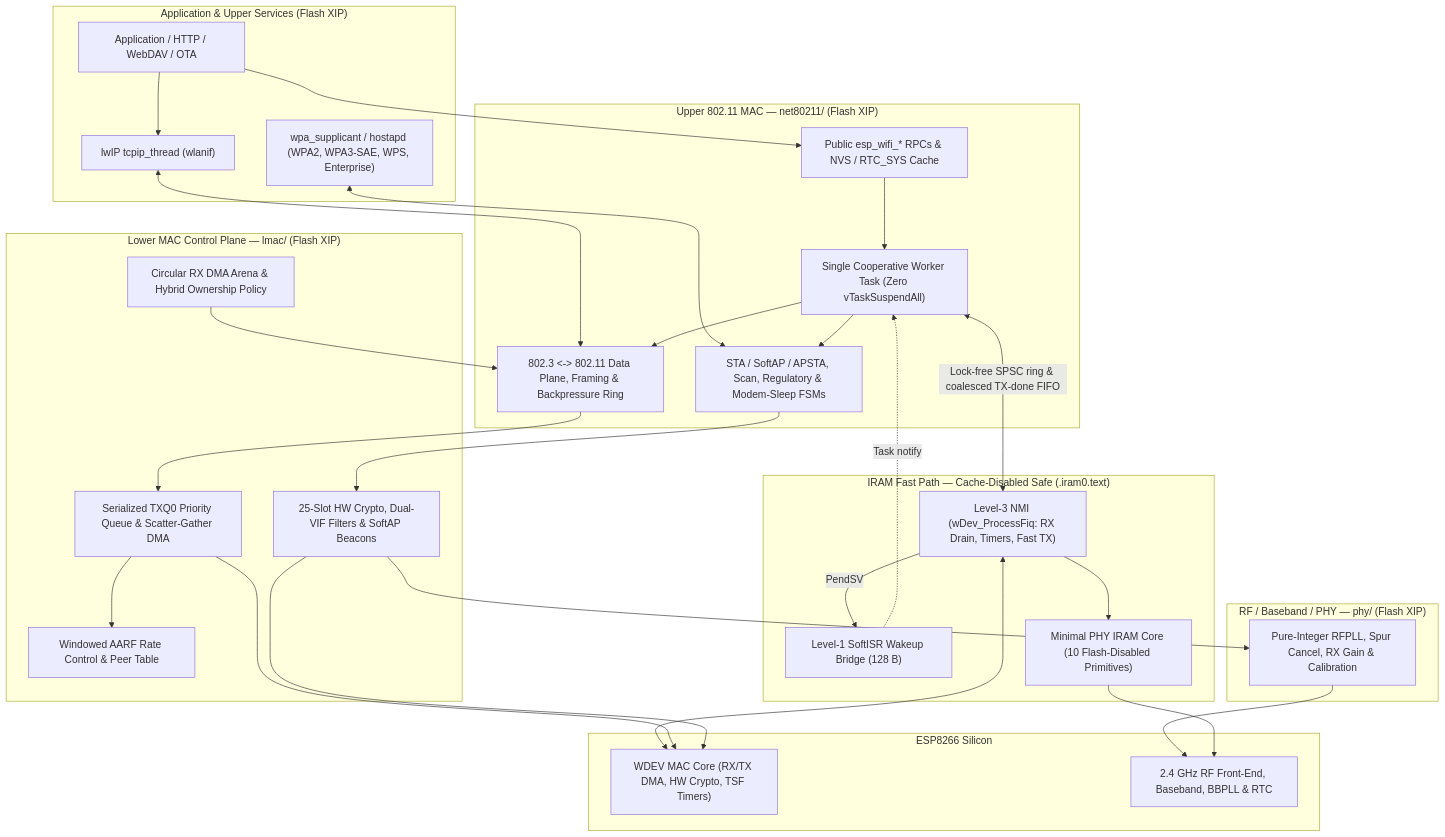
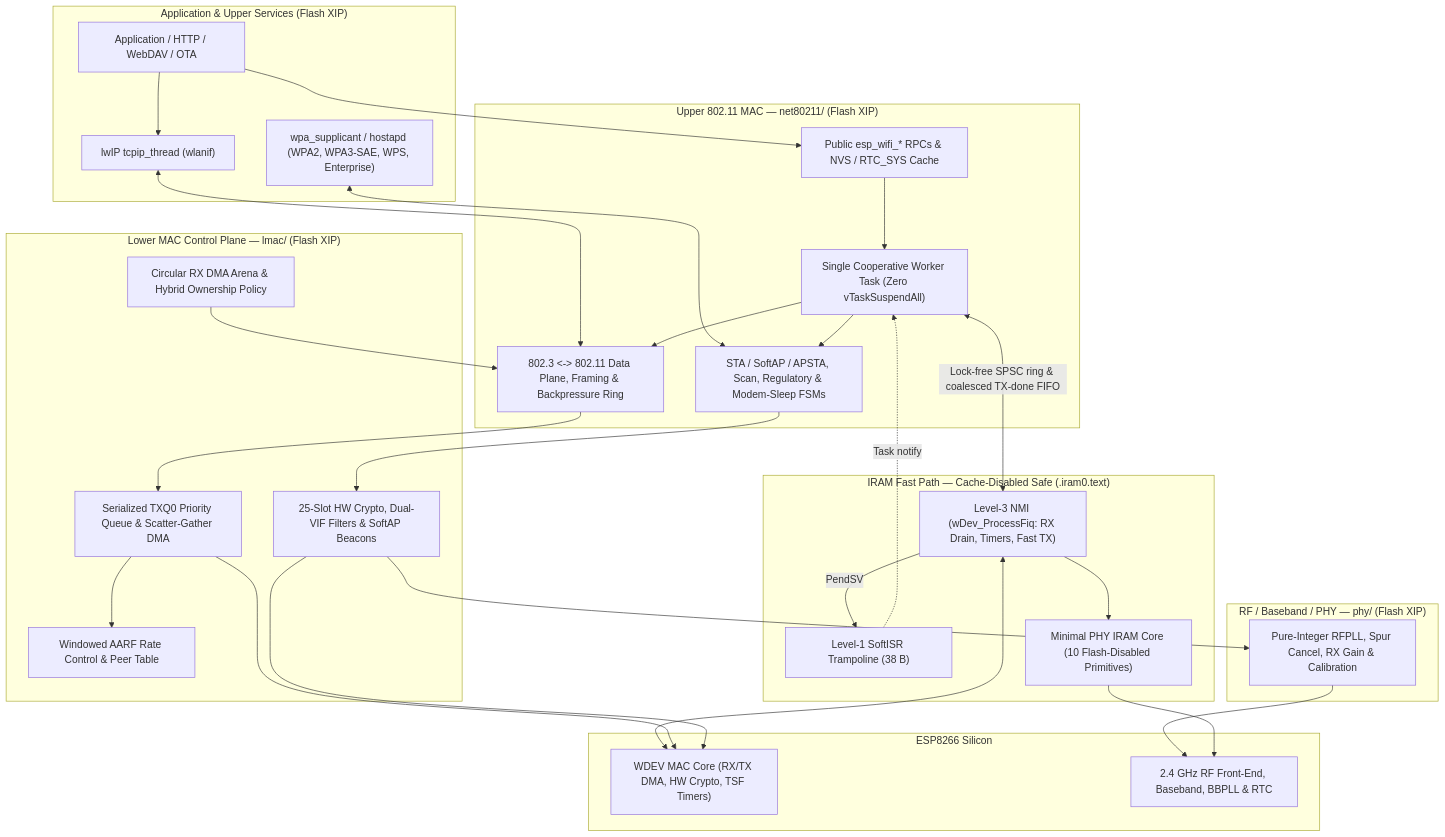
One commit to Adam5Wu/ESP8266_RTOS_SDK changed the first of 4 diagrams in components/esp8266/WIFI_DESIGN.md. Above: the diagram before and after it, drawn with Mermaid. The commit also changed other lines of this file and 1 other file, not shown here.

Commit message:
docs(esp8266): sync OSS.md details and fix SoftISR IRAM size in WIFI_DESIGN.md

````diff
--- a/components/esp8266/WIFI_DESIGN.md
+++ b/components/esp8266/WIFI_DESIGN.md
@@ -38,59 +38,59 @@
 ```mermaid
 flowchart TB
     subgraph APP["Application & Upper Services (Flash XIP)"]
         HTTP["Application / HTTP / WebDAV / OTA"]
         LWIP["lwIP tcpip_thread (wlanif)"]
         WPA["wpa_supplicant / hostapd (WPA2, WPA3-SAE, WPS, Enterprise)"]
     end
 
     subgraph N8["Upper 802.11 MAC — net80211/ (Flash XIP)"]
         API["Public esp_wifi_* RPCs & NVS / RTC_SYS Cache"]
         WORKER["Single Cooperative Worker Task (Zero vTaskSuspendAll)"]
         FSM["STA / SoftAP / APSTA, Scan, Regulatory & Modem-Sleep FSMs"]
         DATA["802.3 <-> 802.11 Data Plane, Framing & Backpressure Ring"]
     end
 
     subgraph LMAC_F["Lower MAC Control Plane — lmac/ (Flash XIP)"]
         TX["Serialized TXQ0 Priority Queue & Scatter-Gather DMA"]
         DMA["Circular RX DMA Arena & Hybrid Ownership Policy"]
         TRC["Windowed AARF Rate Control & Peer Table"]
         CRYPTO["25-Slot HW Crypto, Dual-VIF Filters & SoftAP Beacons"]
     end
 
     subgraph IRAM["IRAM Fast Path — Cache-Disabled Safe (.iram0.text)"]
-        SOFTISR["Level-1 SoftISR Wakeup Bridge (128 B)"]
+        SOFTISR["Level-1 SoftISR Trampoline (38 B)"]
         NMI["Level-3 NMI (wDev_ProcessFiq: RX Drain, Timers, Fast TX)"]
         PHY_IRAM["Minimal PHY IRAM Core (10 Flash-Disabled Primitives)"]
     end
 
     subgraph PHY_F["RF / Baseband / PHY — phy/ (Flash XIP)"]
         PHY["Pure-Integer RFPLL, Spur Cancel, RX Gain & Calibration"]
     end
 
     subgraph HW["ESP8266 Silicon"]
         WDEV["WDEV MAC Core (RX/TX DMA, HW Crypto, TSF Timers)"]
         RF["2.4 GHz RF Front-End, Baseband, BBPLL & RTC"]
     end
 
     HTTP --> LWIP
     HTTP --> API
     LWIP <--> DATA
     WPA <--> FSM
     API --> WORKER
     WORKER --> FSM
     WORKER --> DATA
     FSM --> CRYPTO
     DATA --> TX
     TX --> TRC
     DMA --> DATA
     WORKER <-->|"Lock-free SPSC ring & coalesced TX-done FIFO"| NMI
     NMI -->|"PendSV"| SOFTISR
     SOFTISR -.->|"Task notify"| WORKER
     NMI <--> WDEV
     TX --> WDEV
     CRYPTO --> WDEV
     NMI --> PHY_IRAM
     CRYPTO --> PHY
     PHY --> RF
     PHY_IRAM --> RF
 ```
````
